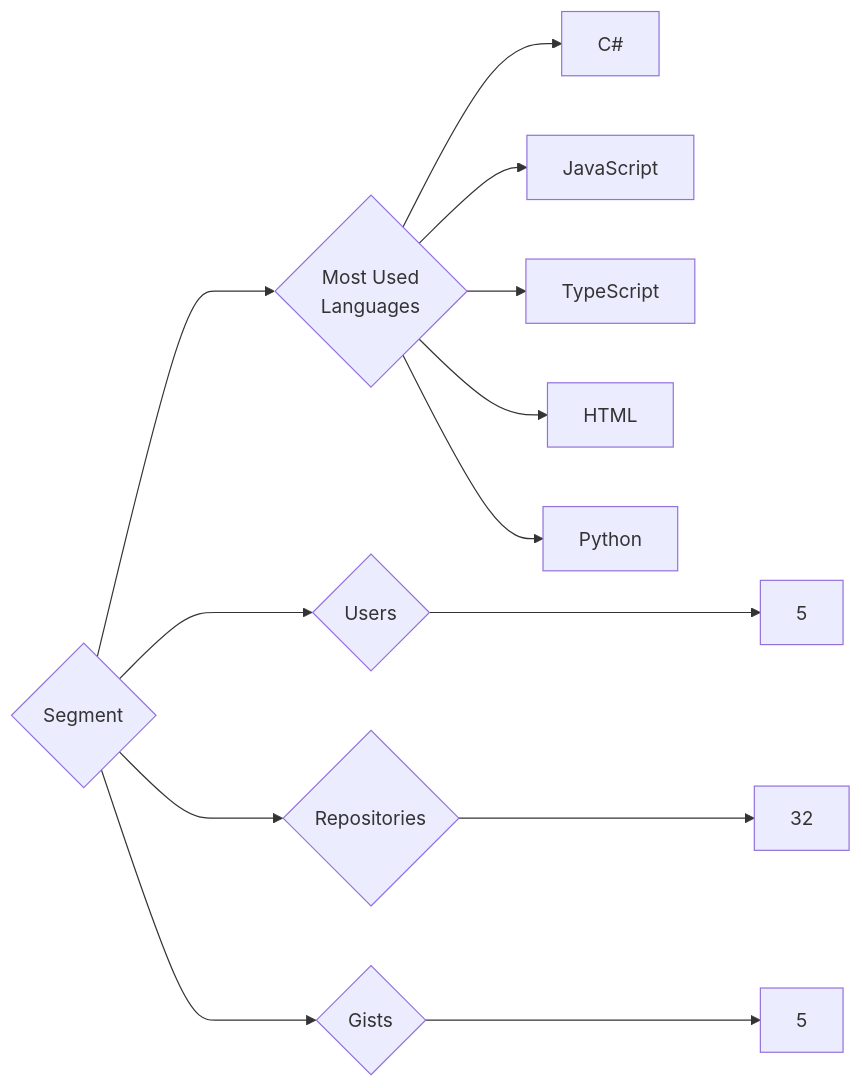
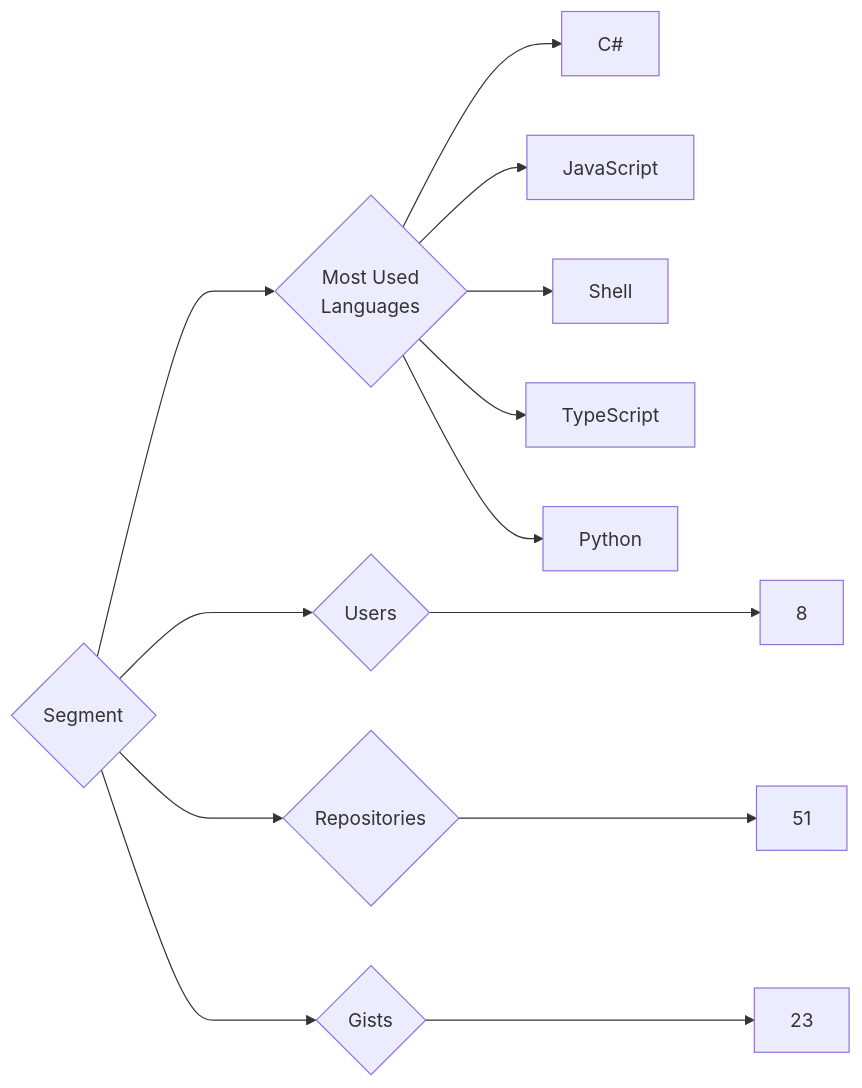
Before and after one commit to trickest/insiders: the diagram in targets/Segment/README.md, drawn with Mermaid. The commit also changed 878 other files, not shown here.

````diff
--- a/targets/Segment/README.md
+++ b/targets/Segment/README.md
@@ -3,13 +3,13 @@
 ```mermaid
 graph LR
 COMPANY_NAME{Segment}
-COMPANY_NAME ---> U{Users} ---> UN[5]
-COMPANY_NAME ---> R{Repositories} ---> RN[32]
-COMPANY_NAME ---> G{Gists} ---> GN[5]
+COMPANY_NAME ---> U{Users} ---> UN[8]
+COMPANY_NAME ---> R{Repositories} ---> RN[51]
+COMPANY_NAME ---> G{Gists} ---> GN[23]
 COMPANY_NAME ---> ML{Most Used<br>Languages}
 ML --> C#[C#]
 ML --> JavaScript[JavaScript]
+ML --> Shell[Shell]
 ML --> TypeScript[TypeScript]
-ML --> HTML[HTML]
 ML --> Python[Python]
 ```
````
